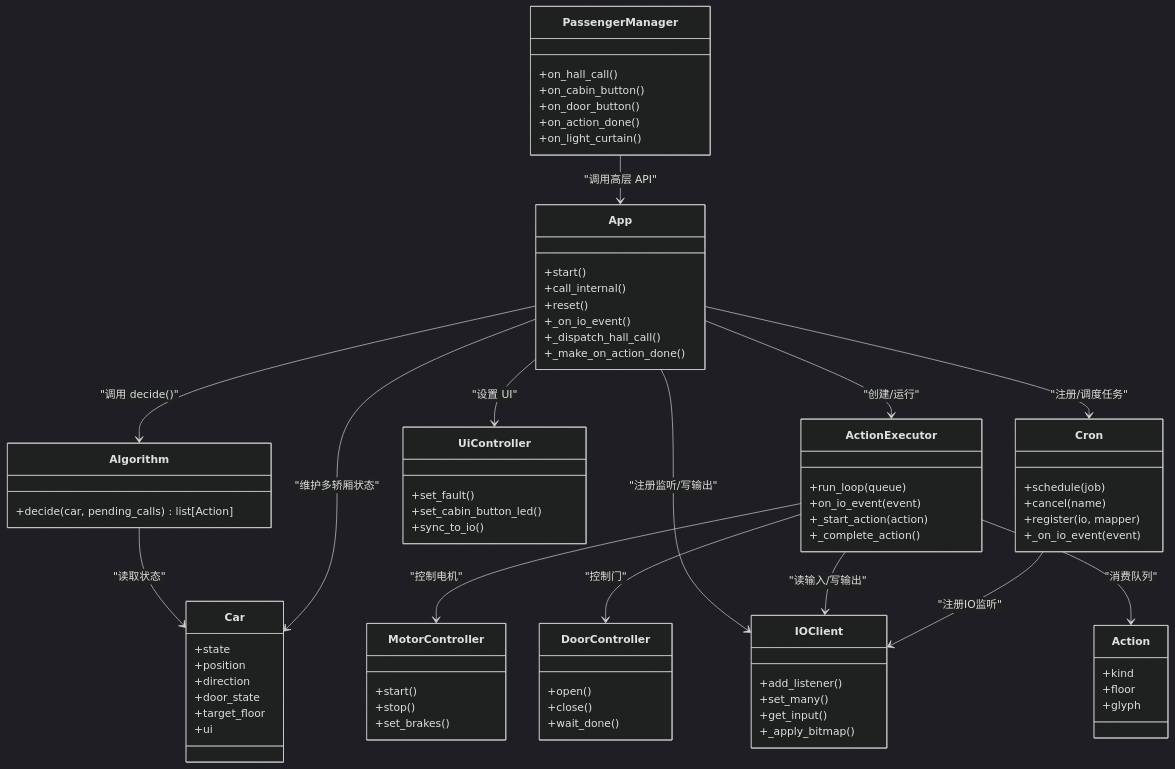
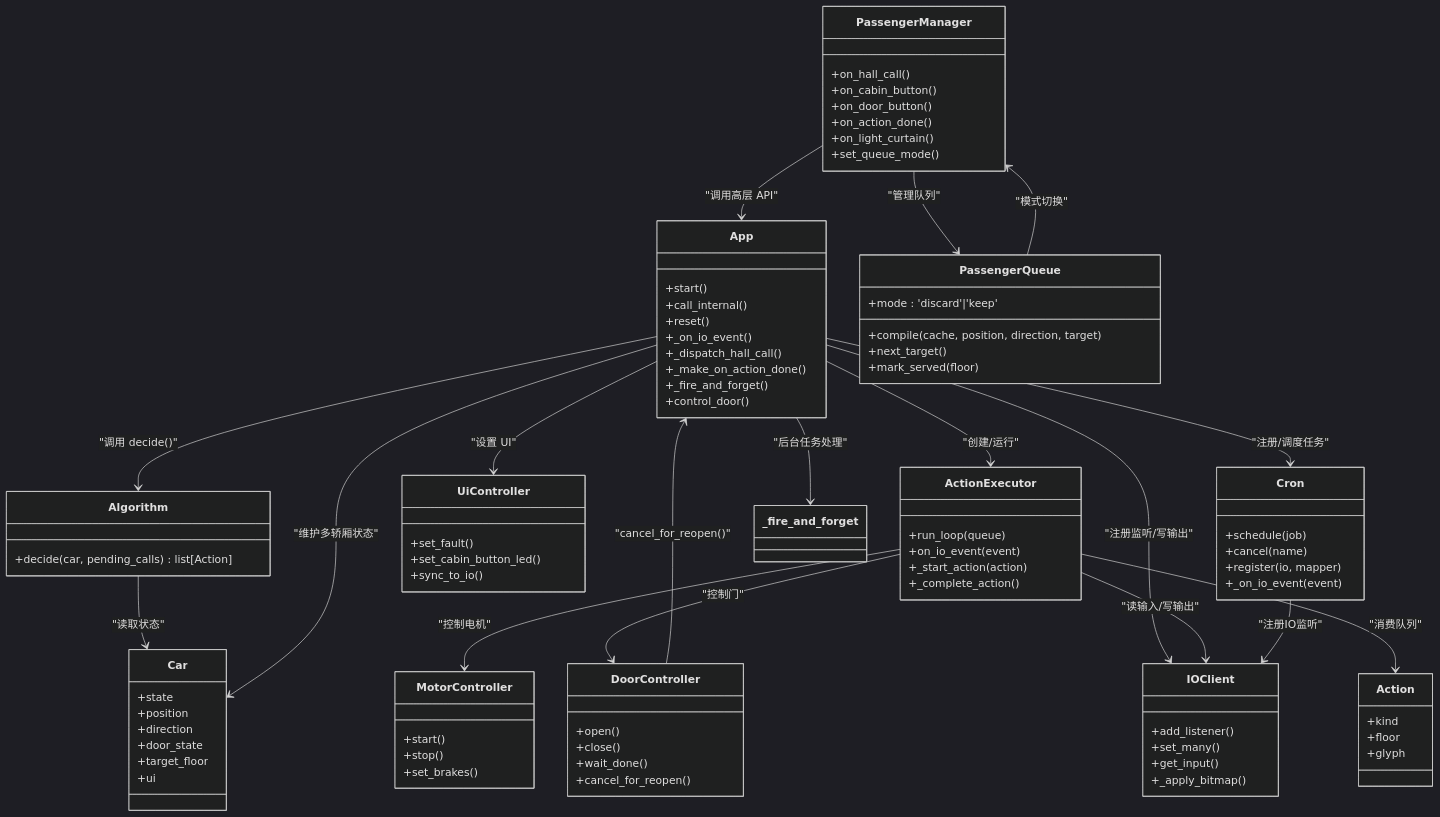
Before and after one commit to xmb505/Haku_EET: the second of 7 diagrams in .qoder/repowiki/zh/content/系统架构概览/系统架构概览.md, drawn with Mermaid (dark theme). The commit also changed other lines of this file and 40 other files, not shown here.

````diff
--- a/.qoder/repowiki/zh/content/系统架构概览/系统架构概览.md
+++ b/.qoder/repowiki/zh/content/系统架构概览/系统架构概览.md
@@ -137,6 +130,8 @@
 +_on_io_event()
 +_dispatch_hall_call()
 +_make_on_action_done()
++_fire_and_forget()
++control_door()
 }
 class Algorithm {
 +decide(car, pending_calls) list[Action]
@@ -147,6 +142,13 @@
 +on_door_button()
 +on_action_done()
 +on_light_curtain()
++set_queue_mode()
+}
+class PassengerQueue {
++compile(cache, position, direction, target)
++next_target()
++mark_served(floor)
++mode : 'discard'|'keep'
 }
 class ActionExecutor {
 +run_loop(queue)
@@ -163,6 +165,7 @@
 +open()
 +close()
 +wait_done()
++cancel_for_reopen()
 }
 class IOClient {
 +add_listener()
@@ -199,7 +202,10 @@
 App --> IOClient : "注册监听/写输出"
 App --> UiController : "设置 UI"
 App --> Cron : "注册/调度任务"
+App --> _fire_and_forget : "后台任务处理"
 PassengerManager --> App : "调用高层 API"
+PassengerManager --> PassengerQueue : "管理队列"
+PassengerQueue --> PassengerManager : "模式切换"
 ActionExecutor --> MotorController : "控制电机"
 ActionExecutor --> DoorController : "控制门"
 ActionExecutor --> IOClient : "读输入/写输出"
@@ -207,4 +213,5 @@
 Algorithm --> Car : "读取状态"
 App --> Car : "维护多轿厢状态"
 Cron --> IOClient : "注册IO监听"
+DoorController --> App : "cancel_for_reopen()"
 ```
````
